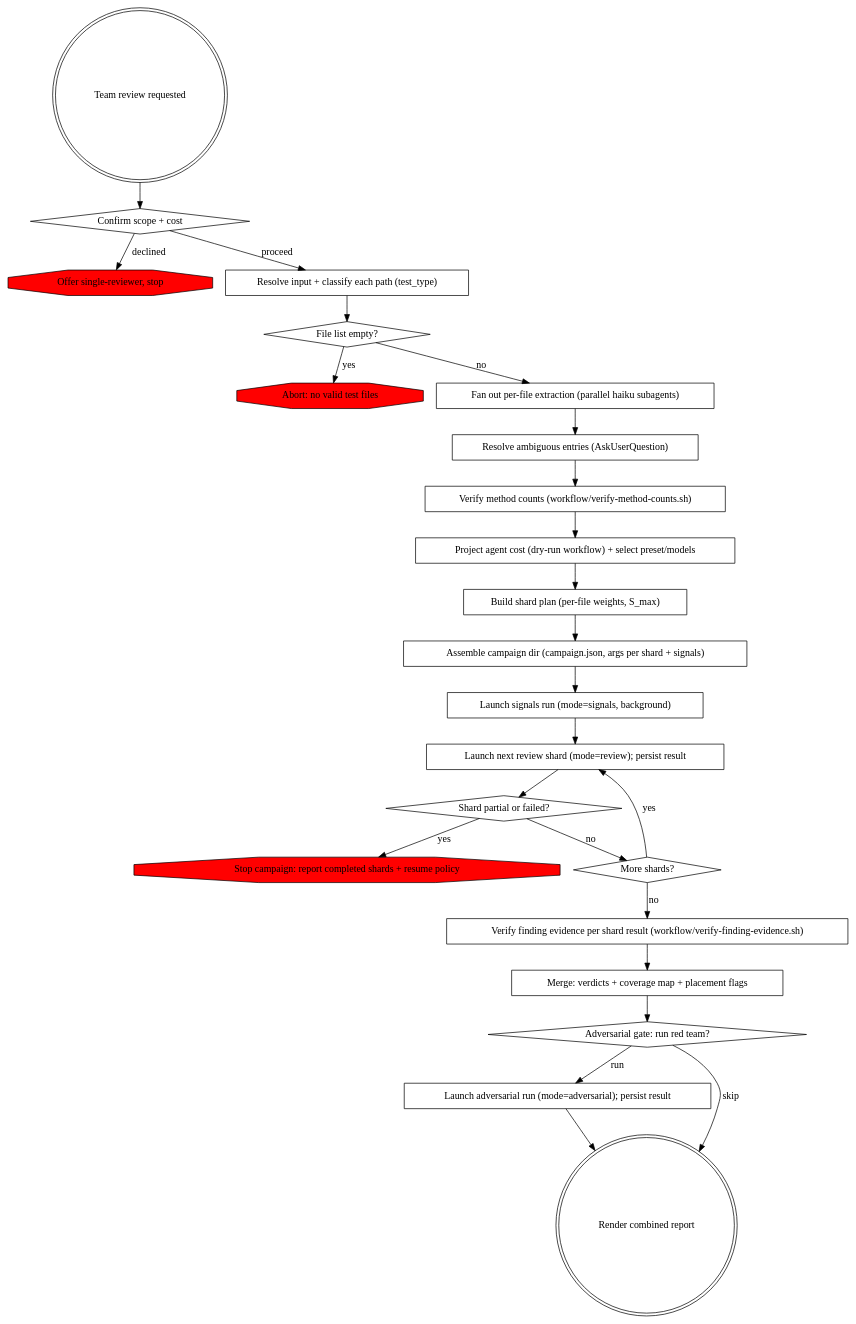
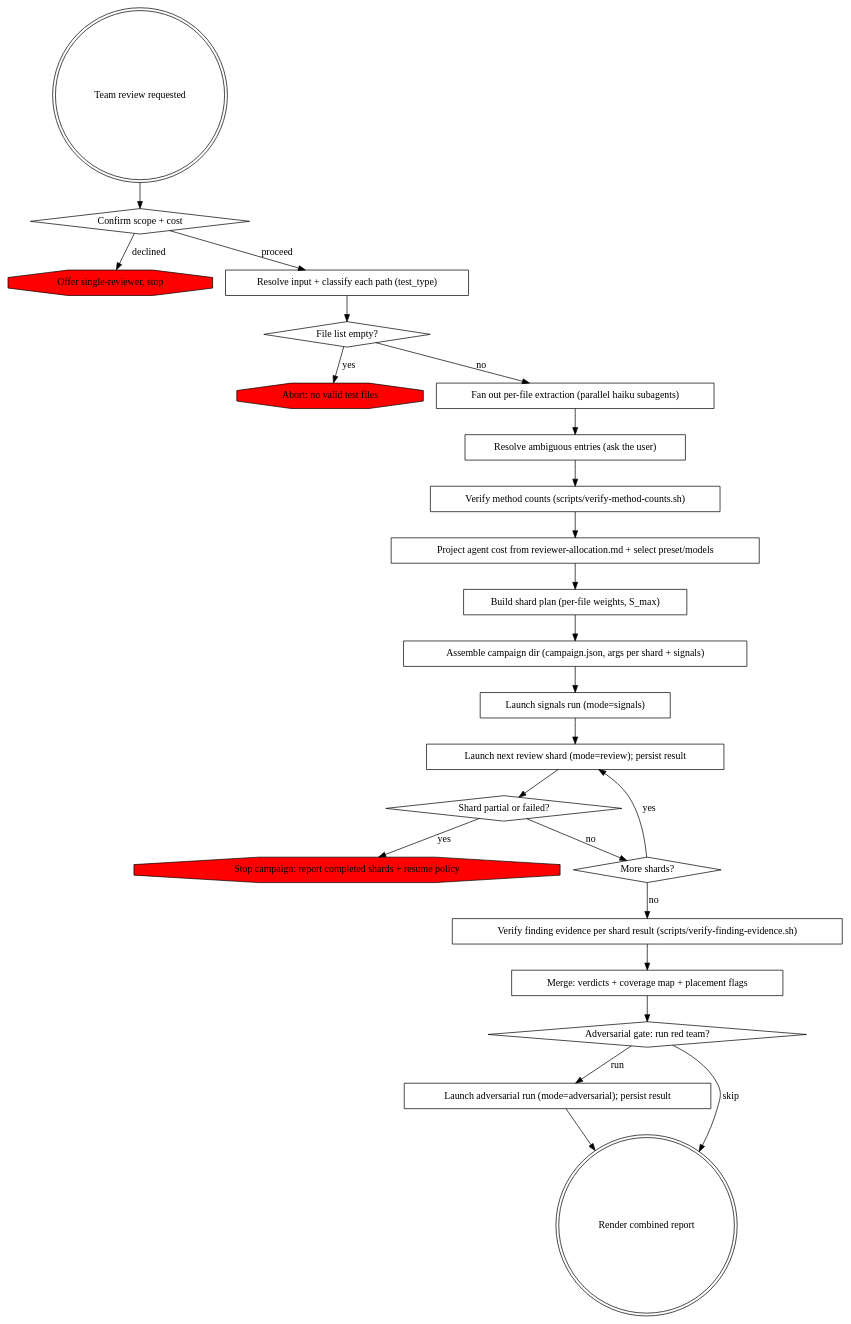
The diagram in plugins/test-writing/skills/phpunit-test-team-reviewing/SKILL.md (fyrst-dev/shopware-cursor-plugin), drawn with Graphviz before and after one commit. The commit also changed other lines of this file and 176 other files, not shown here.

````diff
--- a/plugins/test-writing/skills/phpunit-test-team-reviewing/SKILL.md
+++ b/plugins/test-writing/skills/phpunit-test-team-reviewing/SKILL.md
@@ -12,50 +14,50 @@
 ```dot
 digraph team_review {
   "Team review requested" [shape=doublecircle];
   "Confirm scope + cost" [shape=diamond];
   "Offer single-reviewer, stop" [shape=octagon, style=filled, fillcolor=red];
   "Resolve input + classify each path (test_type)" [shape=box];
   "File list empty?" [shape=diamond];
   "Abort: no valid test files" [shape=octagon, style=filled, fillcolor=red];
   "Fan out per-file extraction (parallel haiku subagents)" [shape=box];
-  "Resolve ambiguous entries (AskUserQuestion)" [shape=box];
-  "Verify method counts (workflow/verify-method-counts.sh)" [shape=box];
-  "Project agent cost (dry-run workflow) + select preset/models" [shape=box];
+  "Resolve ambiguous entries (ask the user)" [shape=box];
+  "Verify method counts (scripts/verify-method-counts.sh)" [shape=box];
+  "Project agent cost from reviewer-allocation.md + select preset/models" [shape=box];
   "Build shard plan (per-file weights, S_max)" [shape=box];
   "Assemble campaign dir (campaign.json, args per shard + signals)" [shape=box];
-  "Launch signals run (mode=signals, background)" [shape=box];
+  "Launch signals run (mode=signals)" [shape=box];
   "Launch next review shard (mode=review); persist result" [shape=box];
   "Shard partial or failed?" [shape=diamond];
   "Stop campaign: report completed shards + resume policy" [shape=octagon, style=filled, fillcolor=red];
   "More shards?" [shape=diamond];
-  "Verify finding evidence per shard result (workflow/verify-finding-evidence.sh)" [shape=box];
+  "Verify finding evidence per shard result (scripts/verify-finding-evidence.sh)" [shape=box];
   "Merge: verdicts + coverage map + placement flags" [shape=box];
   "Adversarial gate: run red team?" [shape=diamond];
   "Launch adversarial run (mode=adversarial); persist result" [shape=box];
   "Render combined report" [shape=doublecircle];
 
   "Team review requested" -> "Confirm scope + cost";
   "Confirm scope + cost" -> "Offer single-reviewer, stop" [label="declined"];
   "Confirm scope + cost" -> "Resolve input + classify each path (test_type)" [label="proceed"];
   "Resolve input + classify each path (test_type)" -> "File list empty?";
   "File list empty?" -> "Abort: no valid test files" [label="yes"];
   "File list empty?" -> "Fan out per-file extraction (parallel haiku subagents)" [label="no"];
-  "Fan out per-file extraction (parallel haiku subagents)" -> "Resolve ambiguous entries (AskUserQuestion)";
-  "Resolve ambiguous entries (AskUserQuestion)" -> "Verify method counts (workflow/verify-method-counts.sh)";
-  "Verify method counts (workflow/verify-method-counts.sh)" -> "Project agent cost (dry-run workflow) + select preset/models";
-  "Project agent cost (dry-run workflow) + select preset/models" -> "Build shard plan (per-file weights, S_max)";
+  "Fan out per-file extraction (parallel haiku subagents)" -> "Resolve ambiguous entries (ask the user)";
+  "Resolve ambiguous entries (ask the user)" -> "Verify method counts (scripts/verify-method-counts.sh)";
+  "Verify method counts (scripts/verify-method-counts.sh)" -> "Project agent cost from reviewer-allocation.md + select preset/models";
+  "Project agent cost from reviewer-allocation.md + select preset/models" -> "Build shard plan (per-file weights, S_max)";
   "Build shard plan (per-file weights, S_max)" -> "Assemble campaign dir (campaign.json, args per shard + signals)";
-  "Assemble campaign dir (campaign.json, args per shard + signals)" -> "Launch signals run (mode=signals, background)";
-  "Launch signals run (mode=signals, background)" -> "Launch next review shard (mode=review); persist result";
+  "Assemble campaign dir (campaign.json, args per shard + signals)" -> "Launch signals run (mode=signals)";
+  "Launch signals run (mode=signals)" -> "Launch next review shard (mode=review); persist result";
   "Launch next review shard (mode=review); persist result" -> "Shard partial or failed?";
   "Shard partial or failed?" -> "Stop campaign: report completed shards + resume policy" [label="yes"];
   "Shard partial or failed?" -> "More shards?" [label="no"];
   "More shards?" -> "Launch next review shard (mode=review); persist result" [label="yes"];
-  "More shards?" -> "Verify finding evidence per shard result (workflow/verify-finding-evidence.sh)" [label="no"];
-  "Verify finding evidence per shard result (workflow/verify-finding-evidence.sh)" -> "Merge: verdicts + coverage map + placement flags";
+  "More shards?" -> "Verify finding evidence per shard result (scripts/verify-finding-evidence.sh)" [label="no"];
+  "Verify finding evidence per shard result (scripts/verify-finding-evidence.sh)" -> "Merge: verdicts + coverage map + placement flags";
   "Merge: verdicts + coverage map + placement flags" -> "Adversarial gate: run red team?";
   "Adversarial gate: run red team?" -> "Launch adversarial run (mode=adversarial); persist result" [label="run"];
   "Adversarial gate: run red team?" -> "Render combined report" [label="skip"];
   "Launch adversarial run (mode=adversarial); persist result" -> "Render combined report";
 }
 ```
````
